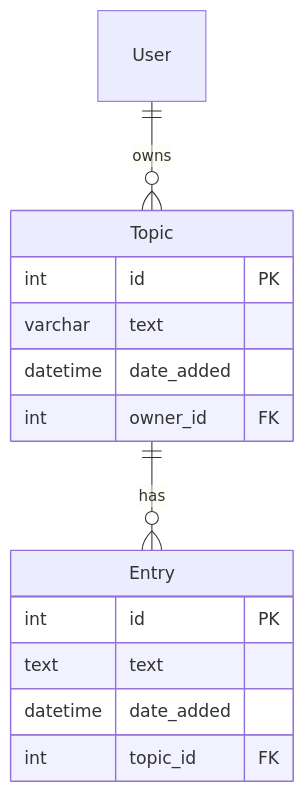
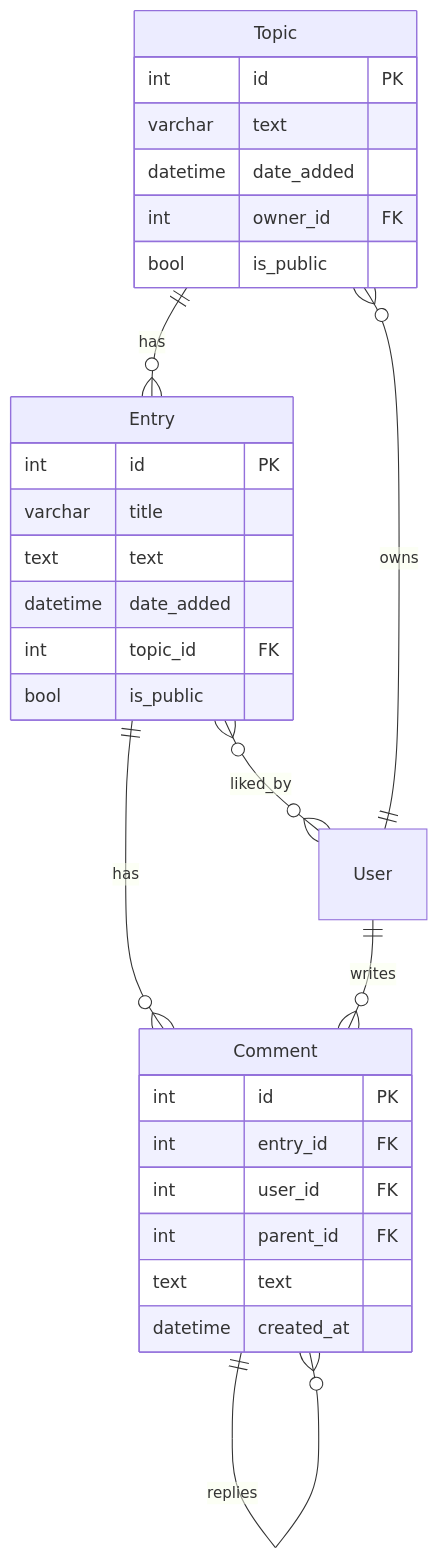
One commit to interset-wq/learner changed the diagram in learning_logs/README.md. Above: the diagram before and after it, drawn with Mermaid. The commit also changed other lines of this file and 3 other files, not shown here.

````diff
--- a/learning_logs/README.md
+++ b/learning_logs/README.md
@@ -18,19 +25,35 @@
 ```mermaid
 erDiagram
     Topic {
         int id PK
         varchar text
         datetime date_added
         int owner_id FK
+        bool is_public
     }
 
     Entry {
         int id PK
+        varchar title
         text text
         datetime date_added
         int topic_id FK
+        bool is_public
+    }
+
+    Comment {
+        int id PK
+        int entry_id FK
+        int user_id FK
+        int parent_id FK
+        text text
+        datetime created_at
     }
 
     User ||--o{ Topic : "owns"
     Topic ||--o{ Entry : "has"
+    Entry ||--o{ Comment : "has"
+    Entry }o--o{ User : "liked_by"
+    User ||--o{ Comment : "writes"
+    Comment ||--o{ Comment : "replies"
 ```
````
